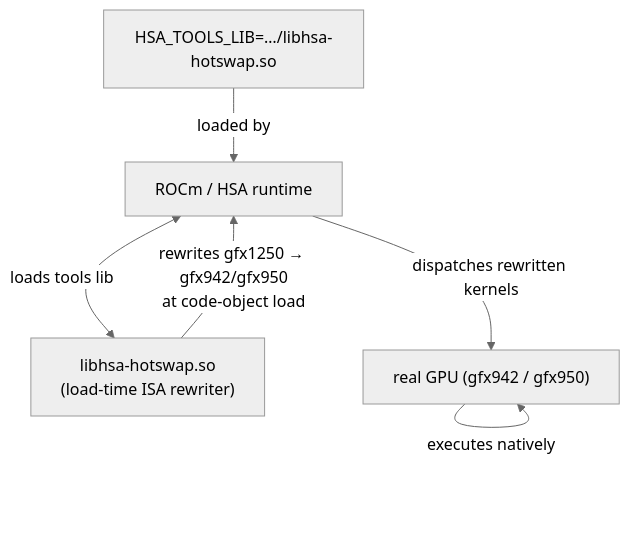
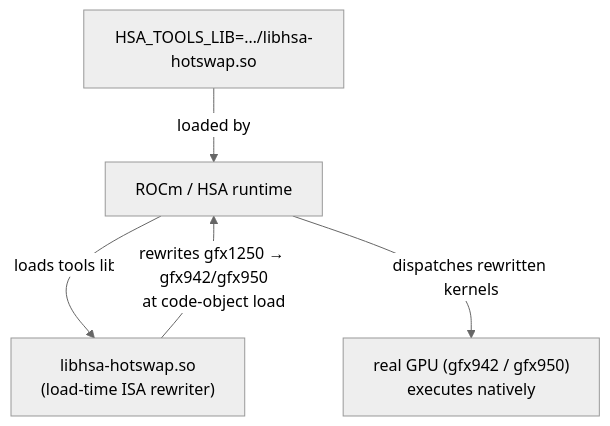
The diagram in emulation/mirage/hotswap/README.md (ROCm/rocm-systems), drawn with Mermaid (neutral theme) before and after one commit.

````diff
--- a/emulation/mirage/hotswap/README.md
+++ b/emulation/mirage/hotswap/README.md
@@ -120,8 +120,7 @@
 ```mermaid
 flowchart TD
     ENV["HSA_TOOLS_LIB=…/libhsa-hotswap.so"] -->|loaded by| HSA
-    HSA["ROCm / HSA runtime"] <-->|loads tools lib| HS["libhsa-hotswap.so<br/>(load-time ISA rewriter)"]
+    HSA["ROCm / HSA runtime"] -->|loads tools lib| HS["libhsa-hotswap.so<br/>(load-time ISA rewriter)"]
     HS -->|rewrites gfx1250 → gfx942/gfx950<br/>at code-object load| HSA
-    HSA -->|dispatches rewritten kernels| GPU["real GPU (gfx942 / gfx950)"]
-    GPU -->|executes natively| GPU
+    HSA -->|dispatches rewritten kernels| GPU["real GPU (gfx942 / gfx950)<br/>executes natively"]
 ```
````
